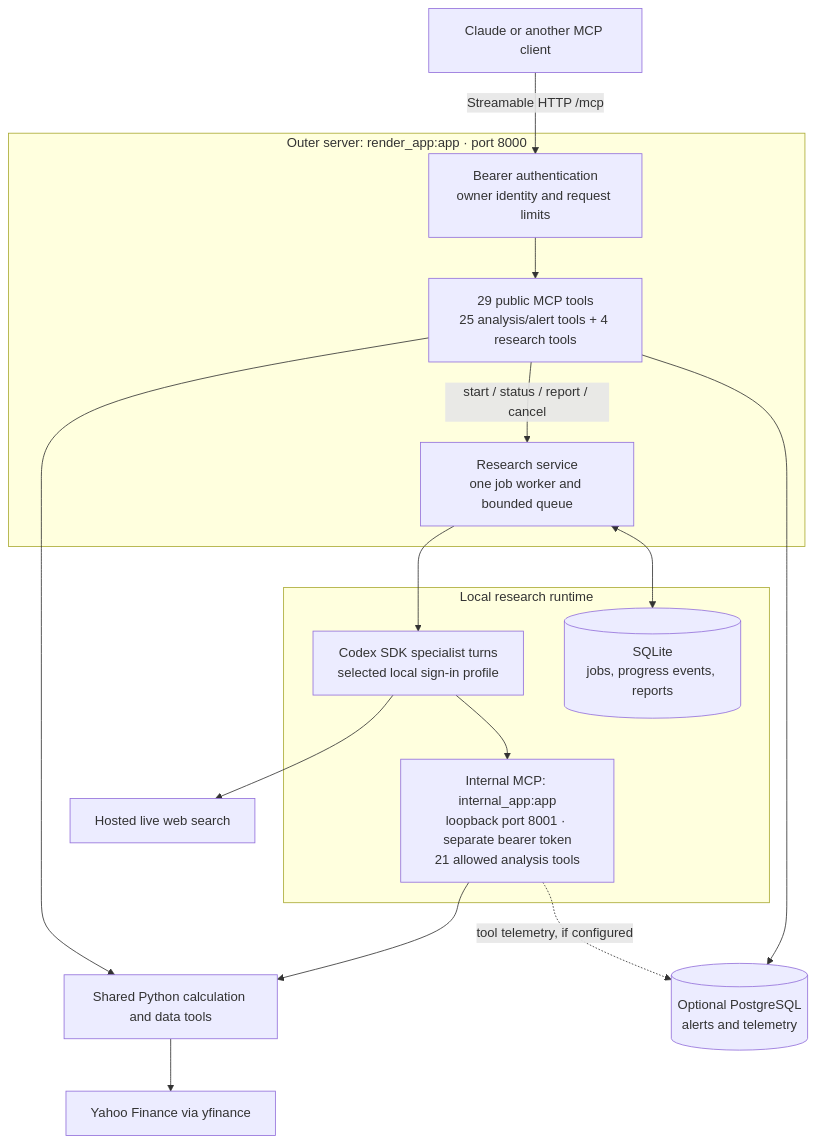
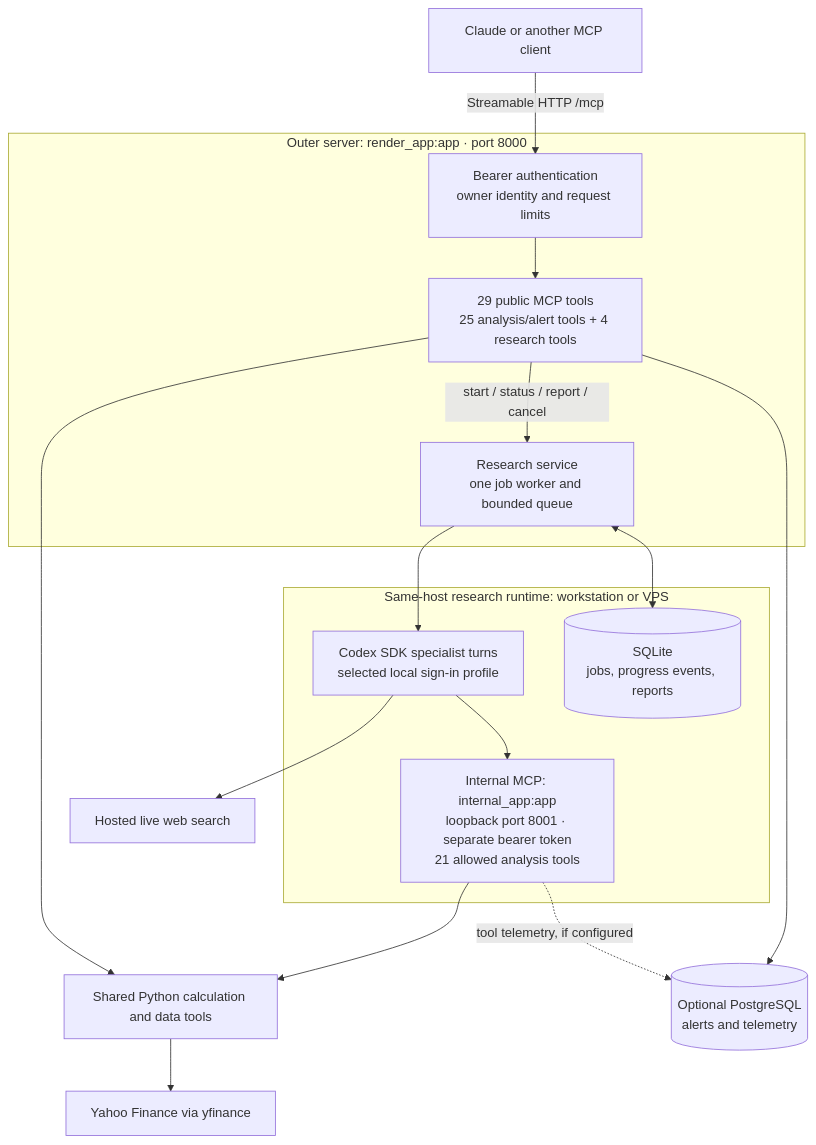
Before and after one commit to paarths-collab/quant-brain-mcp: the first of 5 diagrams in docs/architecture.md, drawn with Mermaid. The commit also changed other lines of this file and 10 other files, not shown here.

Commit message:
Add private VPS setup and global research architecture documentation

````diff
--- a/docs/architecture.md
+++ b/docs/architecture.md
@@ -9,30 +14,30 @@
 ```mermaid
 flowchart TB
     Client["Claude or another MCP client"]
     subgraph Outer["Outer server: render_app:app · port 8000"]
         Auth["Bearer authentication<br/>owner identity and request limits"]
         Public["29 public MCP tools<br/>25 analysis/alert tools + 4 research tools"]
         Jobs["Research service<br/>one job worker and bounded queue"]
     end
-    subgraph Local["Local research runtime"]
+    subgraph Local["Same-host research runtime: workstation or VPS"]
         Codex["Codex SDK specialist turns<br/>selected local sign-in profile"]
         Internal["Internal MCP: internal_app:app<br/>loopback port 8001 · separate bearer token<br/>21 allowed analysis tools"]
         SQLite[("SQLite<br/>jobs, progress events, reports")]
     end
     Calc["Shared Python calculation and data tools"]
     Yahoo["Yahoo Finance via yfinance"]
     Search["Hosted live web search"]
     PG[("Optional PostgreSQL<br/>alerts and telemetry")]
     Client -->|"Streamable HTTP /mcp"| Auth
     Auth --> Public
     Public -->|"start / status / report / cancel"| Jobs
     Jobs <--> SQLite
     Jobs --> Codex
     Codex --> Search
     Codex --> Internal
     Internal --> Calc
     Public --> Calc
     Calc --> Yahoo
     Public --> PG
     Internal -. "tool telemetry, if configured" .-> PG
 ```
````
